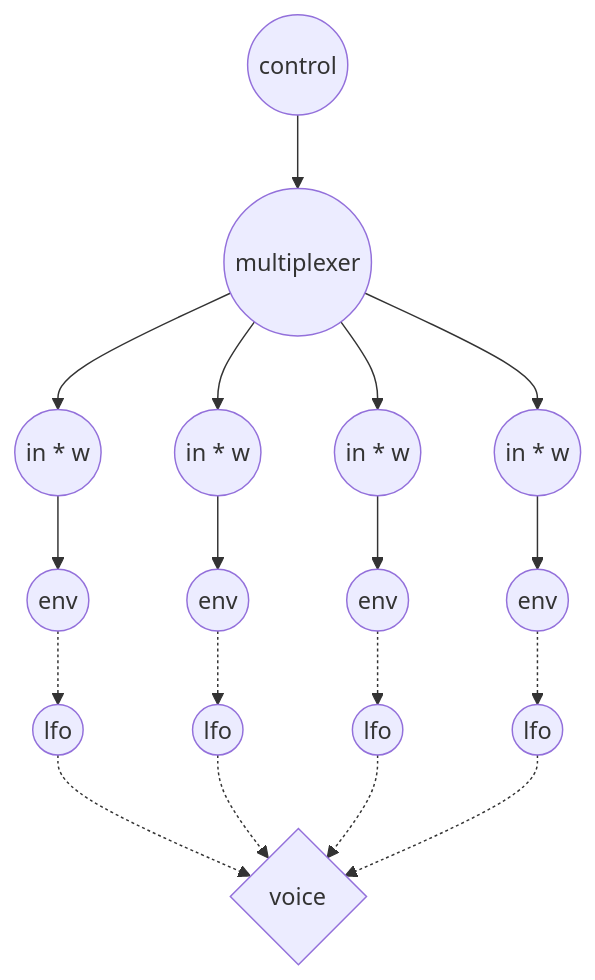
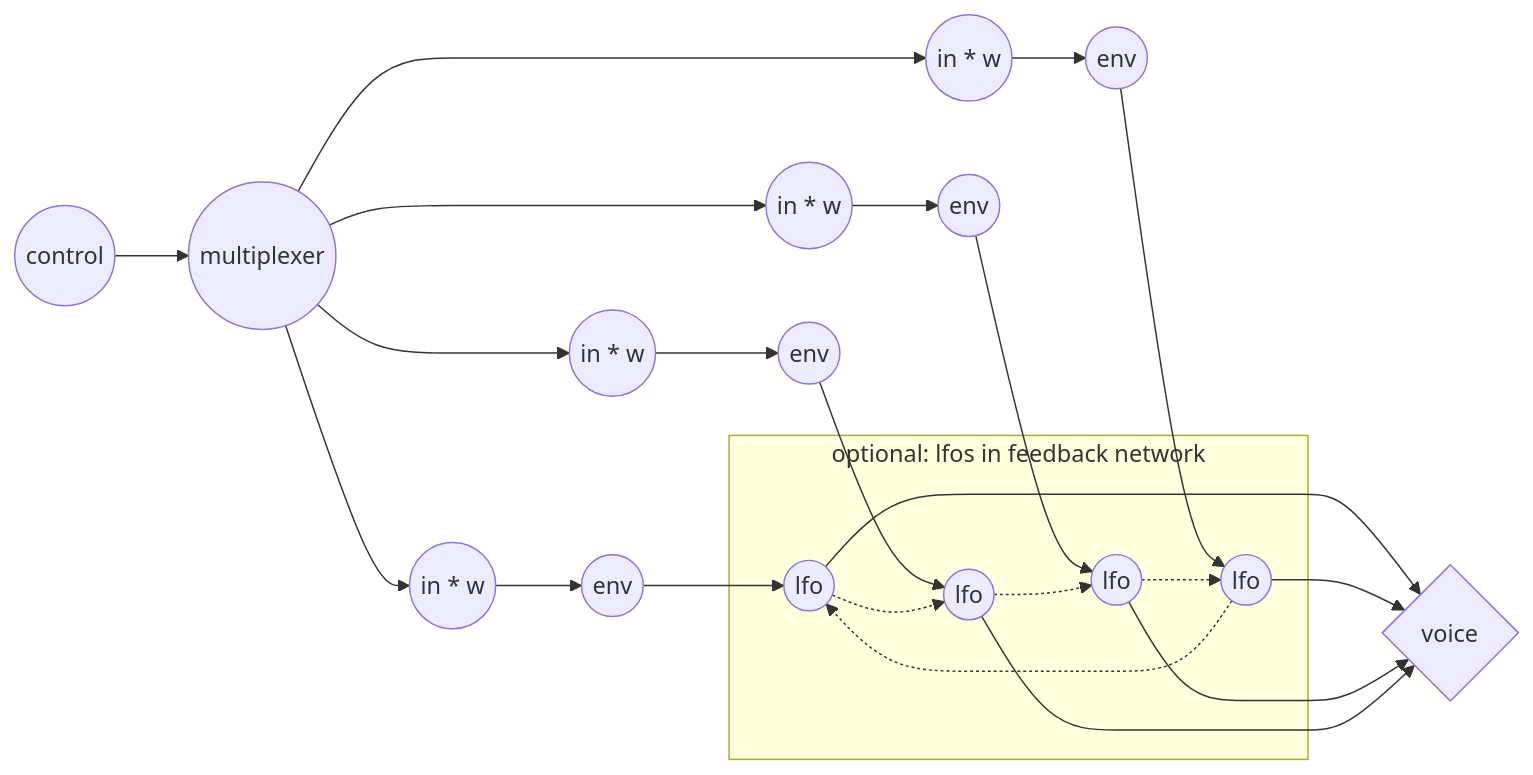
Before and after one commit to madskjeldgaard/web: the third of 6 diagrams in content/projects/vortex.md, drawn with Mermaid. The commit also changed other lines of this file and 3 other files, not shown here.

```diff
--- a/content/projects/vortex.md
+++ b/content/projects/vortex.md
@@ -88,25 +136,42 @@
 {{<mermaid>}}
-graph TB
+graph LR
 
-F((control)) --> A
-A((multiplexer)) --> B((in * w))
-A --> C((in * w))
-A --> D((in * w))
-A --> E((in * w))
+M((multiplexer)) 
+C((control)) 
 
-B --> G((env))
-C --> H((env))
-D --> I((env))
-E --> J((env))
+W1((in * w))
+W2((in * w))
+W3((in * w))
+W4((in * w))
 
+E1((env))
+E2((env))
+E3((env))
+E4((env))
 
-G -.-> K((lfo))
-H -.-> L((lfo))
-I -.-> M((lfo))
-J -.-> N((lfo))
+L1((lfo))
+L2((lfo))
+L3((lfo))
+L4((lfo))
 
-K -.-> O{voice}
-L -.-> O{voice}
-M -.-> O{voice}
-N -.-> O{voice}
+O{voice}
+
+C --> M
+M --> W1 --> E1 --> L1
+M --> W2 --> E2 --> L2
+M --> W3 --> E3 --> L3
+M --> W4 --> E4 --> L4
+
+subgraph "optional: lfos in feedback network"
+L1 -.-> L4
+L2 -.-> L1
+L3 -.-> L2
+L4 -.-> L3
+end
+
+L1 --> O
+L2 --> O
+L3 --> O
+L4 --> O
+
 {{</mermaid>}}
```
